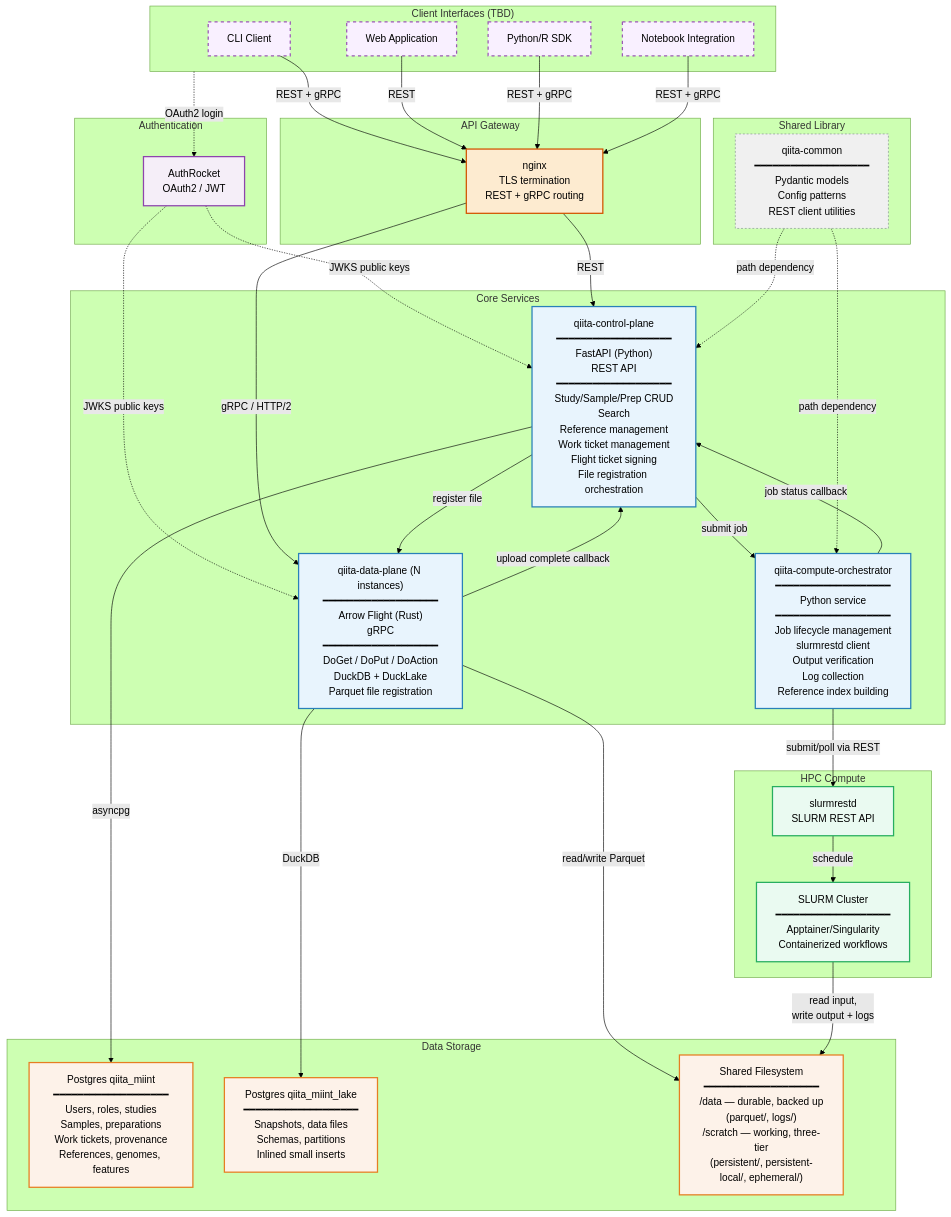
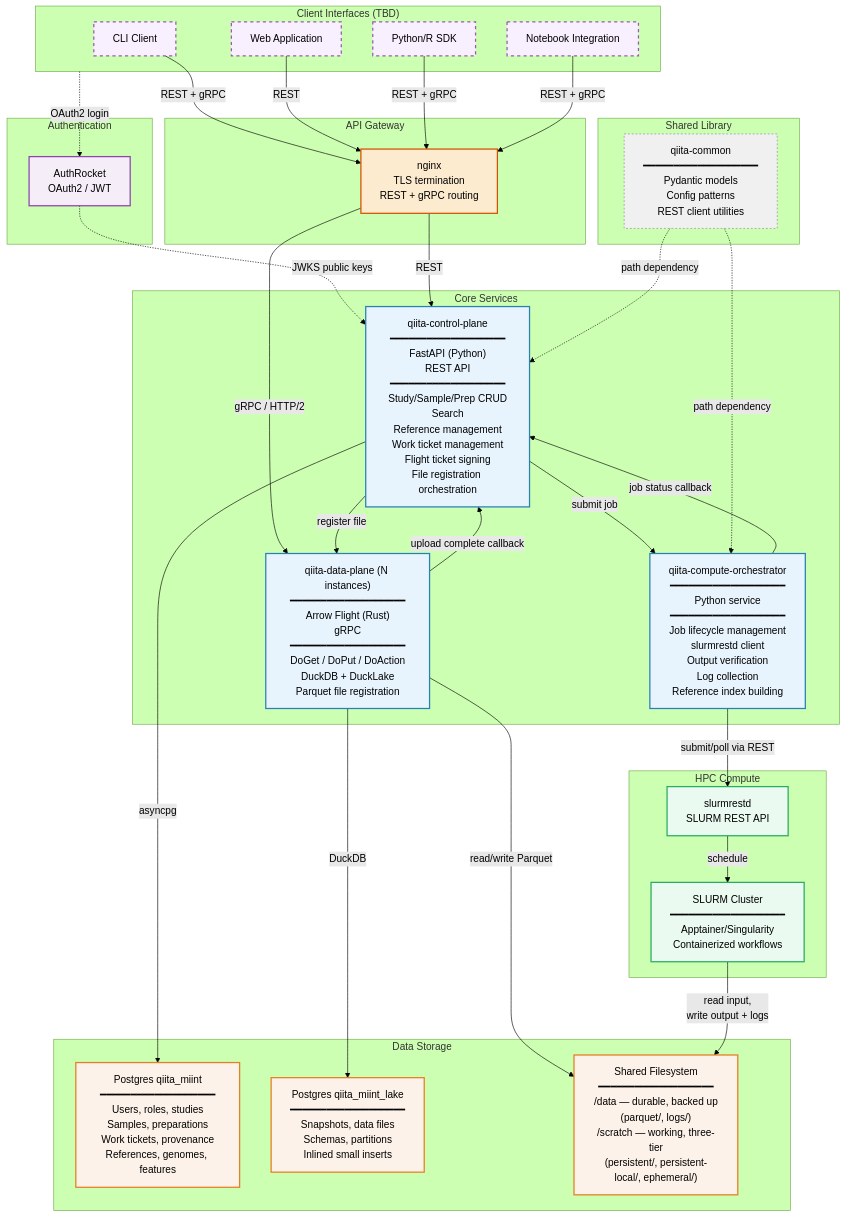
The first of 4 diagrams in docs/architecture.md (the-miint/Qiita), drawn with Mermaid (forest theme) before and after one commit. The commit also changed other lines of this file and 8 other files, not shown here.

First line of the commit message:
docs: reconcile architecture/auth with code; rebuild first-deploy runbook

```diff
--- a/docs/architecture.md
+++ b/docs/architecture.md
@@ -53,7 +53,6 @@
     %% Auth
     clients -.->|OAuth2 login| AR
     AR -.->|JWKS public keys| CP
-    AR -.->|JWKS public keys| DP
 
     %% Gateway routing
     NX -->|REST| CP
```
